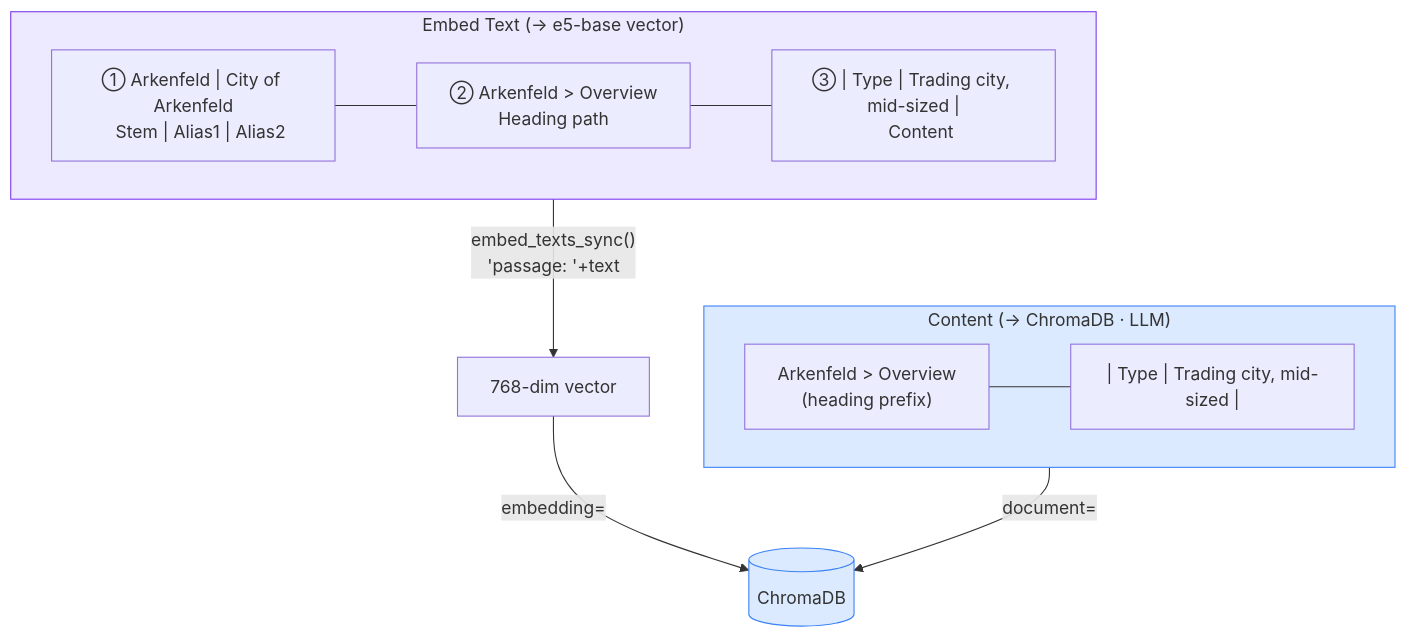
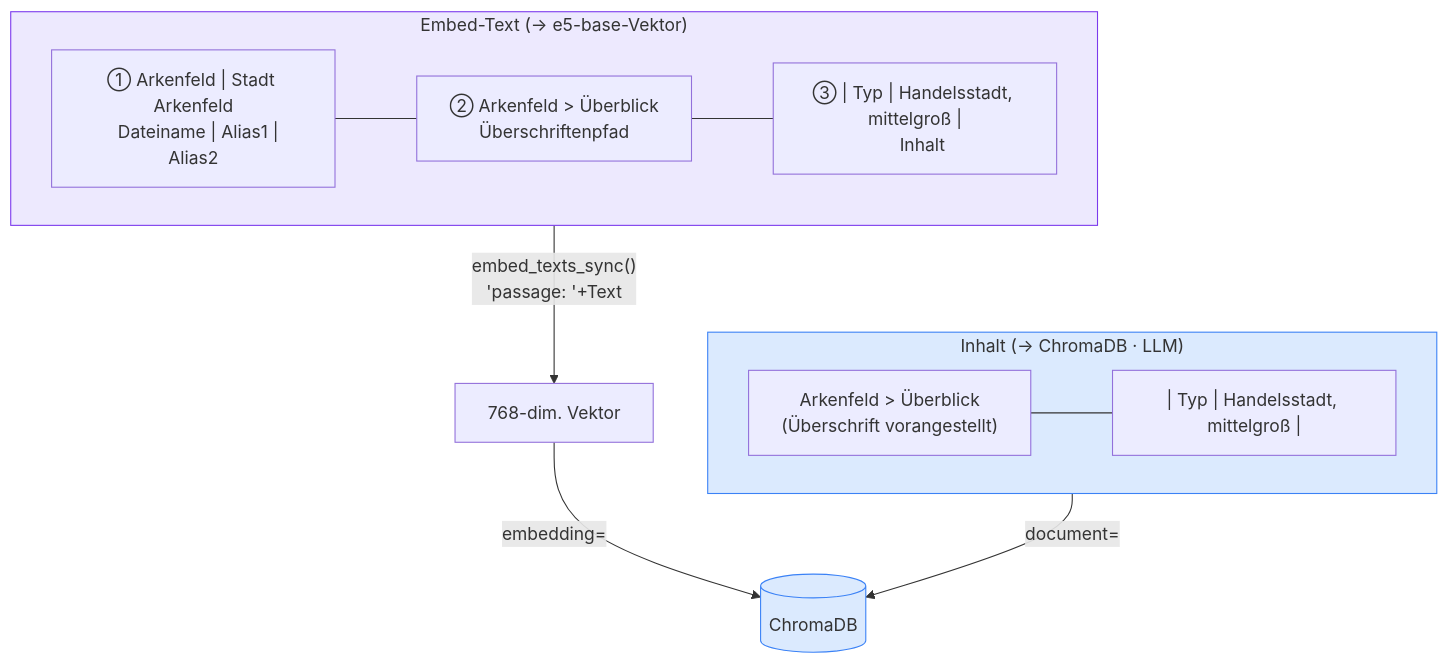
Before and after one commit to FabianHentrich/lorekeeper: the second of 2 diagrams in docs/embedding-strategy.md, drawn with Mermaid. The commit also changed other lines of this file and 15 other files, not shown here.

````diff
--- a/docs/embedding-strategy.md
+++ b/docs/embedding-strategy.md
@@ -265,23 +242,23 @@
 ```mermaid
 flowchart TD
-    subgraph EMBED_TEXT["Embed Text (→ e5-base vector)"]
-        L1["① Arkenfeld | City of Arkenfeld\n   Stem | Alias1 | Alias2"]
-        L2["② Arkenfeld > Overview\n   Heading path"]
-        L3["③ | Type | Trading city, mid-sized |\n   Content"]
+    subgraph EMBED_TEXT["Embed-Text (→ e5-base-Vektor)"]
+        L1["① Arkenfeld | Stadt Arkenfeld\n   Dateiname | Alias1 | Alias2"]
+        L2["② Arkenfeld > Überblick\n   Überschriftenpfad"]
+        L3["③ | Typ | Handelsstadt, mittelgroß |\n   Inhalt"]
         L1 --- L2 --- L3
     end
 
-    subgraph CONTENT["Content (→ ChromaDB · LLM)"]
-        C2["Arkenfeld > Overview\n(heading prefix)"]
-        C3["| Type | Trading city, mid-sized |"]
+    subgraph CONTENT["Inhalt (→ ChromaDB · LLM)"]
+        C2["Arkenfeld > Überblick\n(Überschrift vorangestellt)"]
+        C3["| Typ | Handelsstadt, mittelgroß |"]
         C2 --- C3
     end
 
-    EMBED_TEXT -->|"embed_texts_sync()\n'passage: '+text"| VEC["768-dim vector"]
+    EMBED_TEXT -->|"embed_texts_sync()\n'passage: '+Text"| VEC["768-dim. Vektor"]
     CONTENT -->|"document="| DB[("ChromaDB")]
     VEC -->|"embedding="| DB
 
     style EMBED_TEXT fill:#ede9fe,stroke:#7c3aed
     style CONTENT fill:#dbeafe,stroke:#3b82f6
     style DB fill:#dbeafe,stroke:#3b82f6
 ```
````
